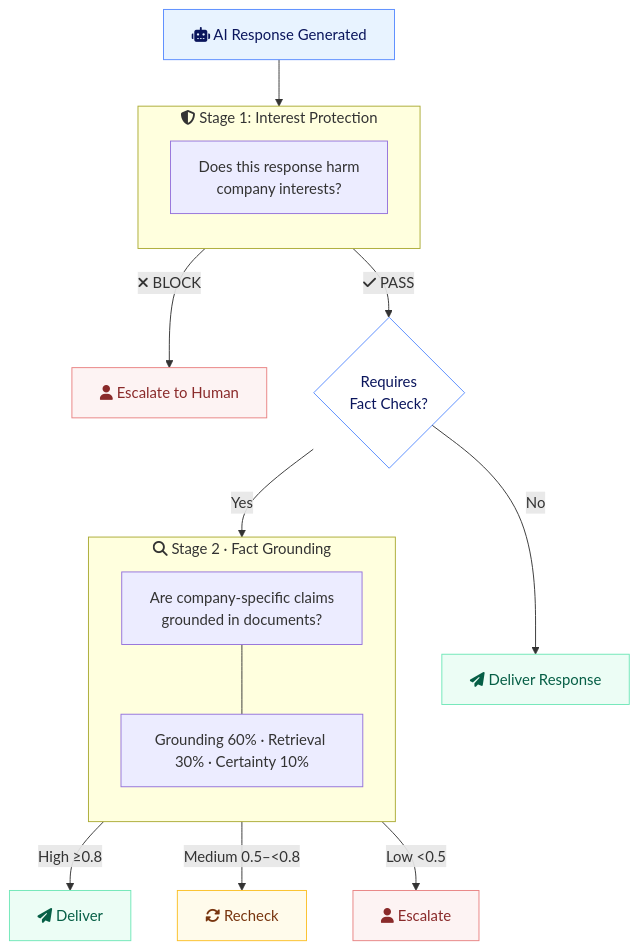
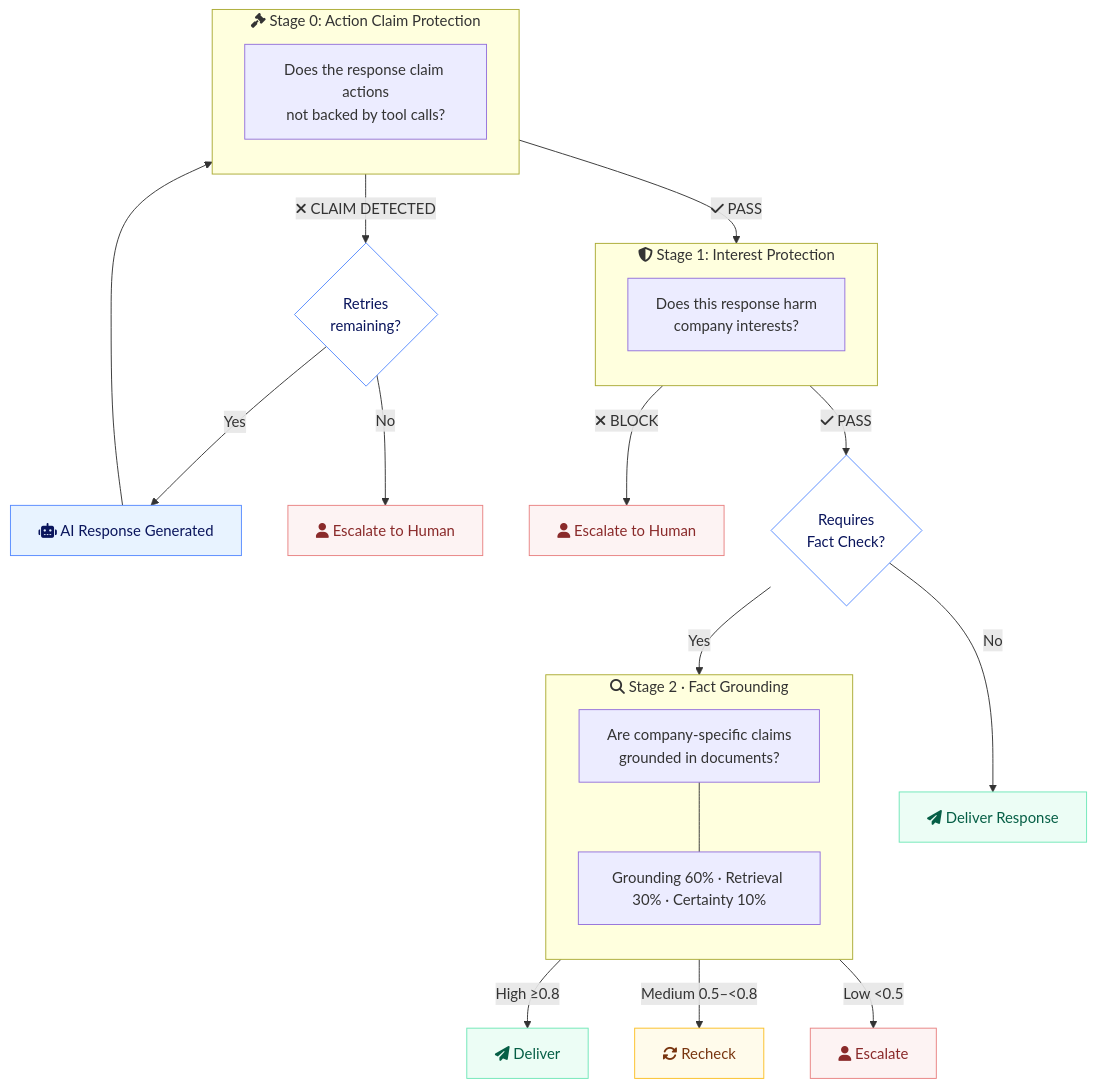
One commit to hay-chat/hay-docs changed the diagram in technical/guardrails.md. Above: the diagram before and after it, drawn with Mermaid. The commit also changed other lines of this file and 21 other files, not shown here.

````diff
--- a/technical/guardrails.md
+++ b/technical/guardrails.md
@@ -18,36 +26,48 @@
 ```mermaid
 flowchart TD
   A["fa:fa-robot AI Response Generated"]
 
-  A --> B
+  A --> S0
+
+  subgraph S0["fa:fa-gavel  Stage 0: Action Claim Protection"]
+    direction TB
+    S0_1["Does the response claim actions<br/>not backed by tool calls?"]
+  end
+
+  S0 -->|"fa:fa-xmark CLAIM DETECTED"| S0R{"Retries<br/>remaining?"}
+  S0R -->|"Yes"| A
+  S0R -->|"No"| ESC0["fa:fa-user Escalate to Human"]
+  S0 -->|"fa:fa-check PASS"| B
 
   subgraph B["fa:fa-shield-halved  Stage 1: Interest Protection"]
     direction TB
     B1["Does this response harm<br/>company interests?"]
   end
 
   B -->|"fa:fa-xmark BLOCK"| ESC["fa:fa-user Escalate to Human"]
   B -->|"fa:fa-check PASS"| C{"Requires<br/>Fact Check?"}
 
   C -->|"No"| DEL1["fa:fa-paper-plane Deliver Response"]
   C -->|"Yes"| D
 
   subgraph D["fa:fa-magnifying-glass  Stage 2 · Fact Grounding"]
     direction TB
     D1["Are company-specific claims<br/>grounded in documents?"]
     D2["Grounding 60% · Retrieval 30% · Certainty 10%"]
     D1 --- D2
   end
 
   D -->|"High ≥0.8"| DEL2["fa:fa-paper-plane Deliver"]
   D -->|"Medium 0.5–&lt;0.8"| REC["fa:fa-rotate Recheck"]
   D -->|"Low <0.5"| ESC2["fa:fa-user Escalate"]
 
   style A fill:#e8f3ff,stroke:#568aff,color:#0a155c
+  style ESC0 fill:#fdf3f3,stroke:#e88181,color:#8a2a2a
   style ESC fill:#fdf3f3,stroke:#e88181,color:#8a2a2a
   style ESC2 fill:#fdf3f3,stroke:#e88181,color:#8a2a2a
   style DEL1 fill:#ecfdf5,stroke:#6ee7b7,color:#065f46
   style DEL2 fill:#ecfdf5,stroke:#6ee7b7,color:#065f46
   style REC fill:#fffbeb,stroke:#fbbf24,color:#78350f
   style C fill:#fff,stroke:#568aff,color:#0a155c
+  style S0R fill:#fff,stroke:#568aff,color:#0a155c
 ```
````
